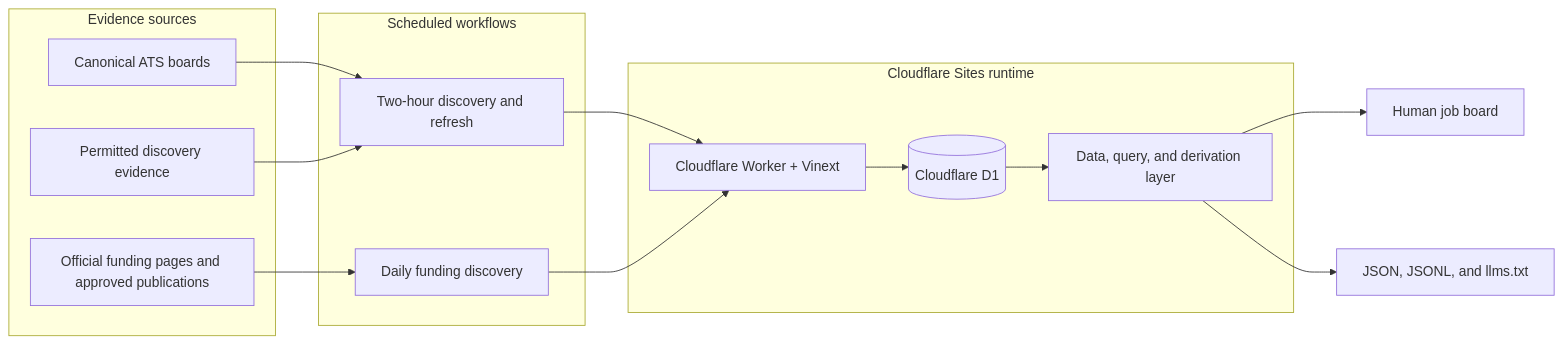
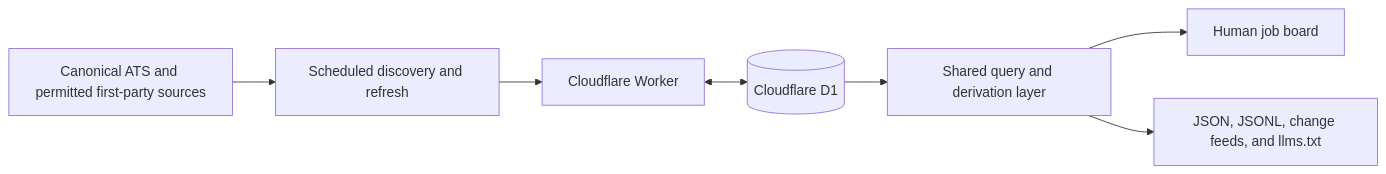
One commit to lpbangun/oh-shi changed the diagram in README.md. Above: the diagram before and after it, drawn with Mermaid. The commit also changed other lines of this file and 12 other files, not shown here.

````diff
--- a/README.md
+++ b/README.md
@@ -68,29 +112,9 @@
 ```mermaid
 flowchart LR
-  subgraph Inputs["Evidence sources"]
-    ATS["Canonical ATS boards"]
-    INV["Permitted discovery evidence"]
-    NEWS["Official funding pages and approved publications"]
-  end
-
-  subgraph Jobs["Scheduled workflows"]
-    REFRESH["Two-hour discovery and refresh"]
-    FUNDING["Daily funding discovery"]
-  end
-
-  subgraph Sites["Cloudflare Sites runtime"]
-    WORKER["Cloudflare Worker + Vinext"]
-    DB[("Cloudflare D1")]
-    QUERY["Data, query, and derivation layer"]
-  end
-
-  ATS --> REFRESH
-  INV --> REFRESH
-  NEWS --> FUNDING
-  REFRESH --> WORKER
-  FUNDING --> WORKER
-  WORKER --> DB
-  DB --> QUERY
+  SOURCES["Canonical ATS and permitted first-party sources"] --> JOBS["Scheduled discovery and refresh"]
+  JOBS --> WORKER["Cloudflare Worker"]
+  WORKER <--> DB[("Cloudflare D1")]
+  DB --> QUERY["Shared query and derivation layer"]
   QUERY --> UI["Human job board"]
-  QUERY --> API["JSON, JSONL, and llms.txt"]
+  QUERY --> API["JSON, JSONL, change feeds, and llms.txt"]
 ```
````
